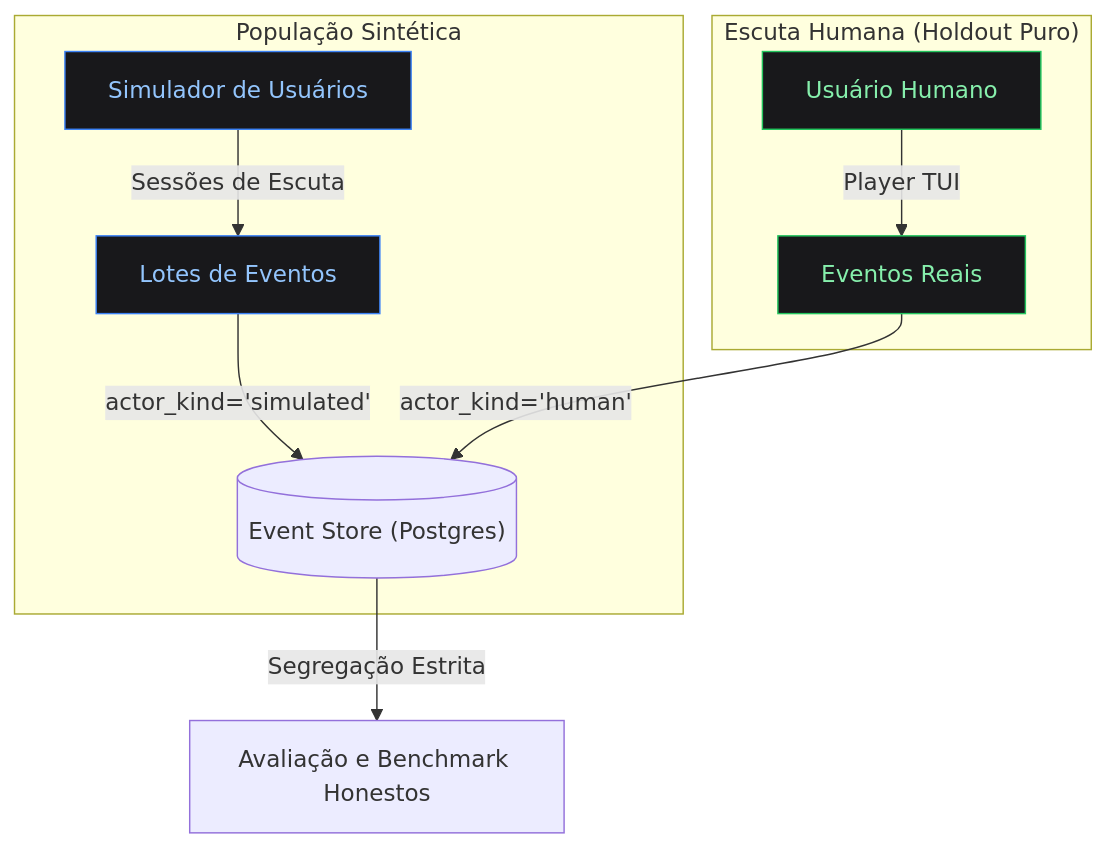
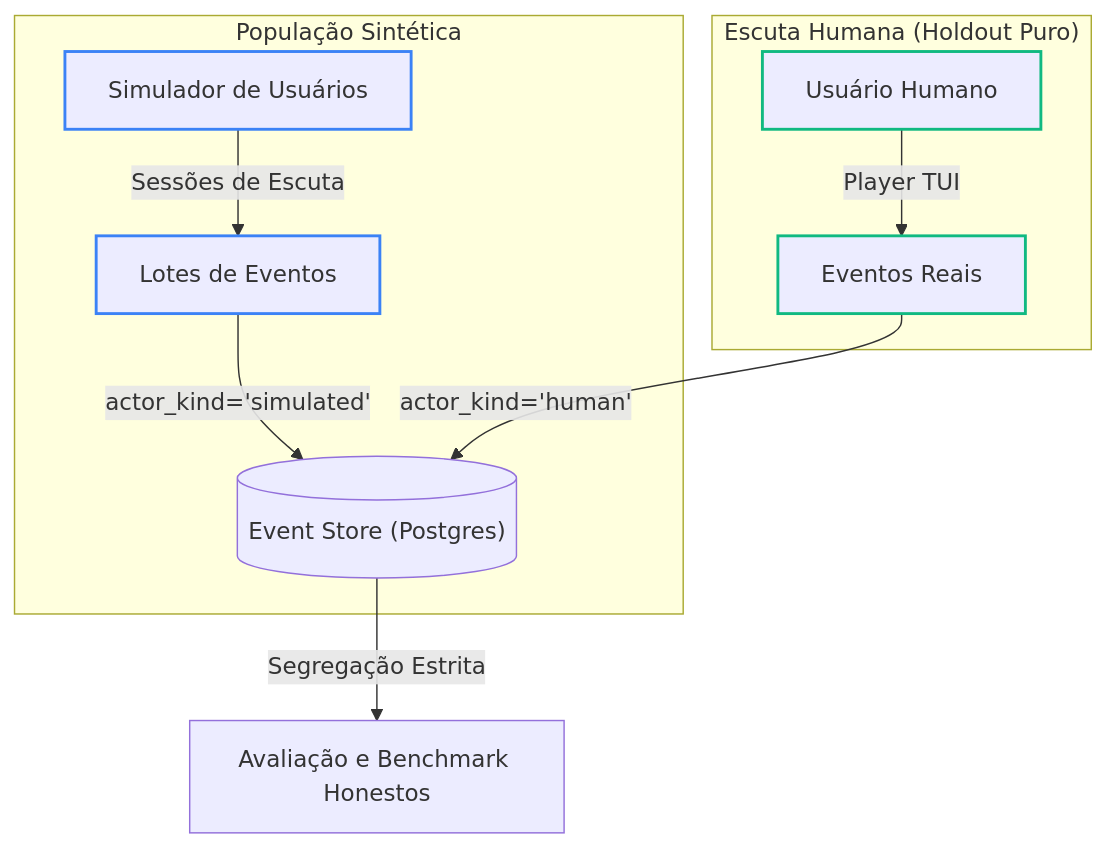
One commit to Oseiasdfarias/youfy changed the second of 4 diagrams in docs/arquitetura/decisoes.md. Above: the diagram before and after it, drawn with Mermaid. The commit also changed other lines of this file and 7 other files, not shown here.

Commit message:
style(docs): compatibilidade completa dos diagramas mermaid com tema claro e escuro

````diff
--- a/docs/arquitetura/decisoes.md
+++ b/docs/arquitetura/decisoes.md
@@ -49,19 +49,19 @@
 ```mermaid
 flowchart TD
     subgraph S_Sim["População Sintética"]
         Sim["Simulador de Usuários"] -->|Sessões de Escuta| Batch["Lotes de Eventos"]
         Batch -->|actor_kind='simulated'| Events[("Event Store (Postgres)")]
     end
 
     subgraph S_Hum["Escuta Humana (Holdout Puro)"]
         User["Usuário Humano"] -->|Player TUI| RealEvent["Eventos Reais"]
         RealEvent -->|actor_kind='human'| Events
     end
 
     Events -->|Segregação Estrita| Eval["Avaliação e Benchmark Honestos"]
 
-    classDef simStyle fill:#18181b,stroke:#3b82f6,color:#93c5fd;
-    classDef humanStyle fill:#18181b,stroke:#22c55e,color:#86efac;
+    classDef simStyle stroke:#3b82f6,stroke-width:2px;
+    classDef humanStyle stroke:#10b981,stroke-width:2px;
     class Sim,Batch simStyle;
     class User,RealEvent humanStyle;
 ```
````
